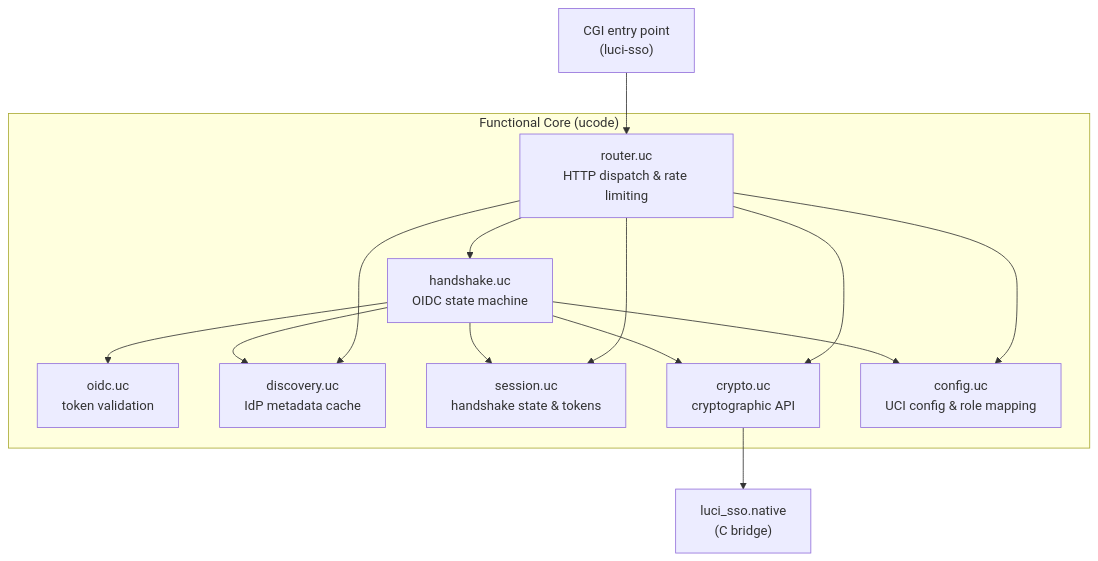
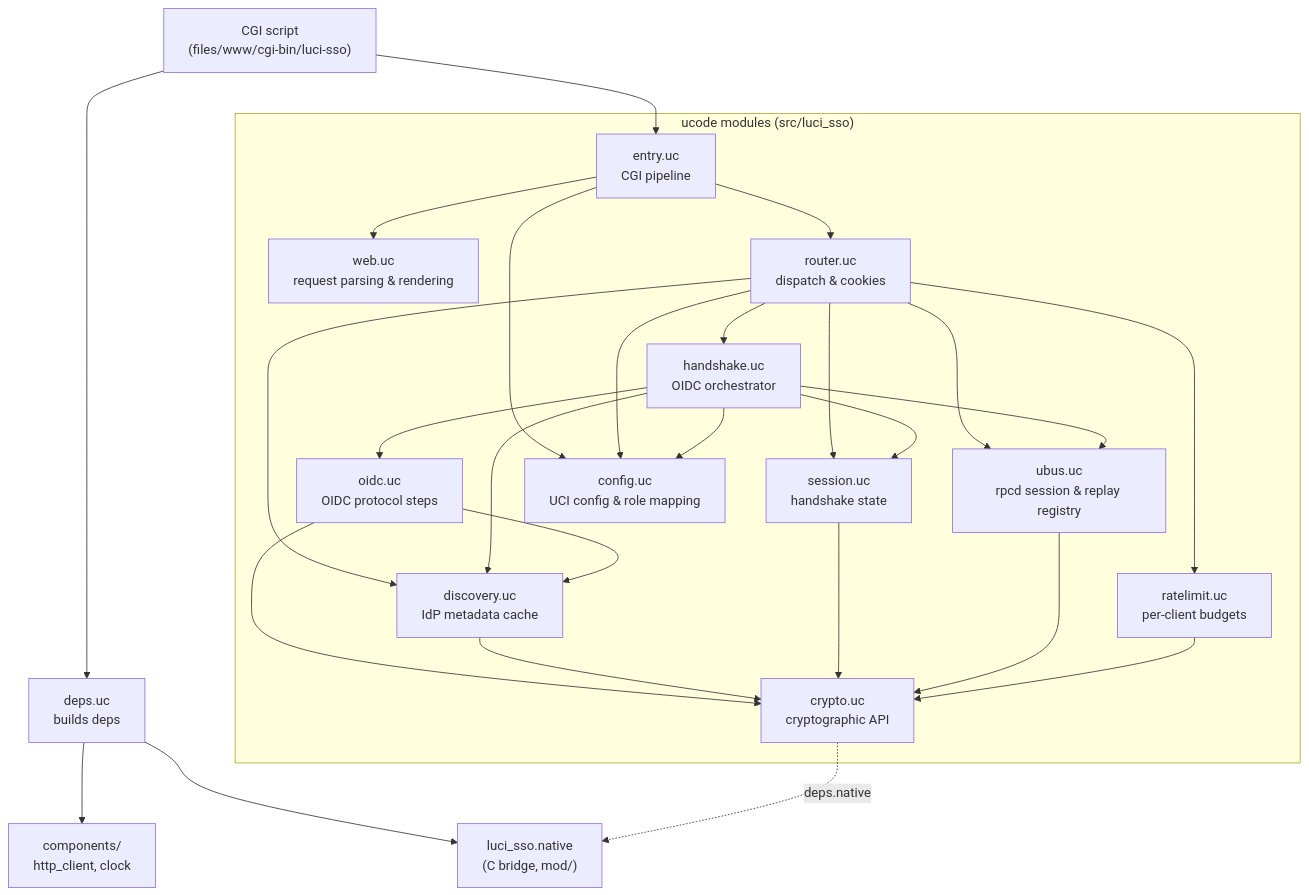
One commit to m00qek/luci-sso changed the first of 2 diagrams in docs/explanation/architecture.md. Above: the diagram before and after it, drawn with Mermaid. The commit also changed other lines of this file and 7 other files, not shown here.

````diff
--- a/docs/explanation/architecture.md
+++ b/docs/explanation/architecture.md
@@ -25,29 +41,48 @@
 ```mermaid
 graph TD
-    CGI["CGI entry point<br/>(luci-sso)"]
+    CGI["CGI script<br/>(files/www/cgi-bin/luci-sso)"]
+    deps["deps.uc<br/>builds deps"]
 
-    subgraph core["Functional Core (ucode)"]
-        router["router.uc<br/>HTTP dispatch &amp; rate limiting"]
-        handshake["handshake.uc<br/>OIDC state machine"]
-        oidc["oidc.uc<br/>token validation"]
+    subgraph core["ucode modules (src/luci_sso)"]
+        entry["entry.uc<br/>CGI pipeline"]
+        web["web.uc<br/>request parsing &amp; rendering"]
+        router["router.uc<br/>dispatch &amp; cookies"]
+        ratelimit["ratelimit.uc<br/>per-client budgets"]
+        handshake["handshake.uc<br/>OIDC orchestrator"]
+        oidc["oidc.uc<br/>OIDC protocol steps"]
         discovery["discovery.uc<br/>IdP metadata cache"]
-        session["session.uc<br/>handshake state &amp; tokens"]
+        session["session.uc<br/>handshake state"]
+        ubus["ubus.uc<br/>rpcd session &amp; replay registry"]
+        config["config.uc<br/>UCI config &amp; role mapping"]
         crypto["crypto.uc<br/>cryptographic API"]
-        config["config.uc<br/>UCI config &amp; role mapping"]
     end
 
-    native["luci_sso.native<br/>(C bridge)"]
+    components["components/<br/>http_client, clock"]
+    native["luci_sso.native<br/>(C bridge, mod/)"]
 
-    CGI --> router
+    CGI --> deps
+    CGI --> entry
+    deps --> components
+    deps --> native
+    entry --> web
+    entry --> config
+    entry --> router
+    router --> ratelimit
     router --> handshake
     router --> session
+    router --> ubus
     router --> discovery
-    router --> crypto
     router --> config
     handshake --> oidc
     handshake --> discovery
     handshake --> session
-    handshake --> crypto
+    handshake --> ubus
     handshake --> config
-    crypto --> native
+    oidc --> discovery
+    oidc --> crypto
+    discovery --> crypto
+    session --> crypto
+    ubus --> crypto
+    ratelimit --> crypto
+    crypto -.->|"deps.native"| native
 ```
````
